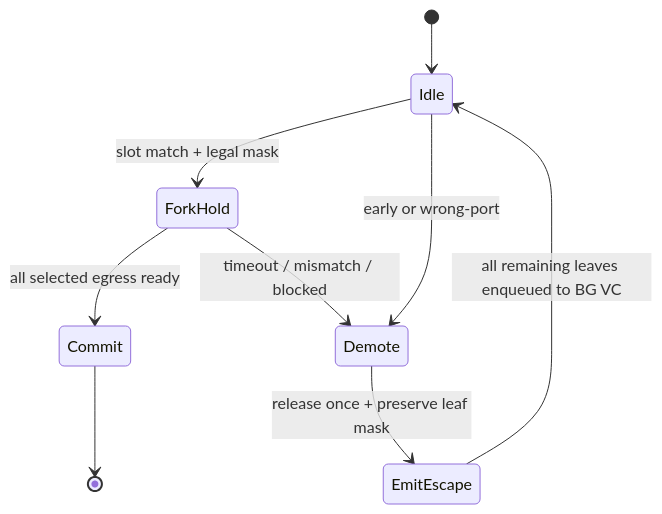
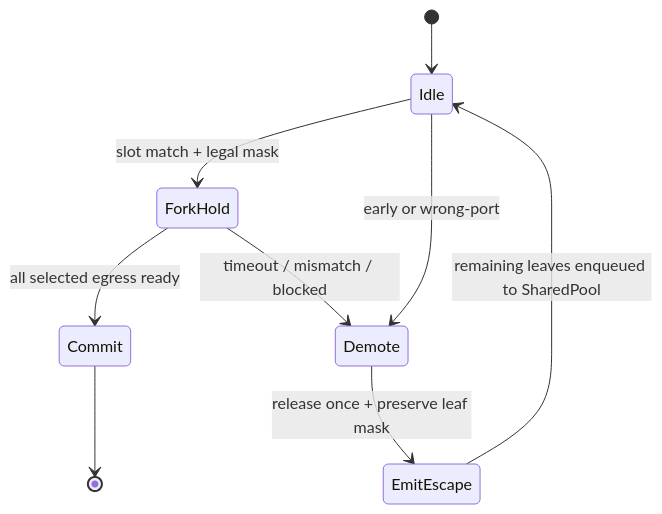
One commit to lukebest/booksim2 changed the fifth of 5 diagrams in docs/phase-3-uarch/uarch-diagram.md. Above: the diagram before and after it, drawn with Mermaid. The commit also changed other lines of this file and 30 other files, not shown here.

First line of the commit message:
dse: Trial 4 Arch-A4 SharedPool-BG — area 0.822×

````diff
--- a/docs/phase-3-uarch/uarch-diagram.md
+++ b/docs/phase-3-uarch/uarch-diagram.md
@@ -101,11 +84,11 @@
 ```mermaid
 stateDiagram-v2
   [*] --> Idle
   Idle --> ForkHold: slot match + legal mask
   ForkHold --> Commit: all selected egress ready
   Commit --> [*]
   ForkHold --> Demote: timeout / mismatch / blocked
   Idle --> Demote: early or wrong-port
   Demote --> EmitEscape: release once + preserve leaf mask
-  EmitEscape --> Idle: all remaining leaves enqueued to BG VC
+  EmitEscape --> Idle: remaining leaves enqueued to SharedPool
 ```
````
